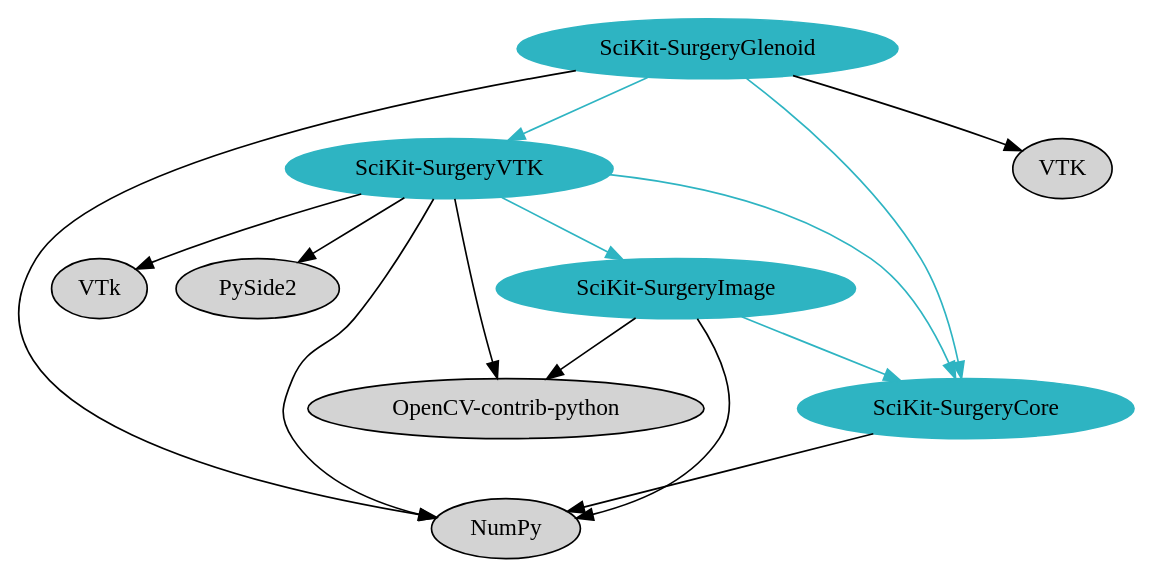
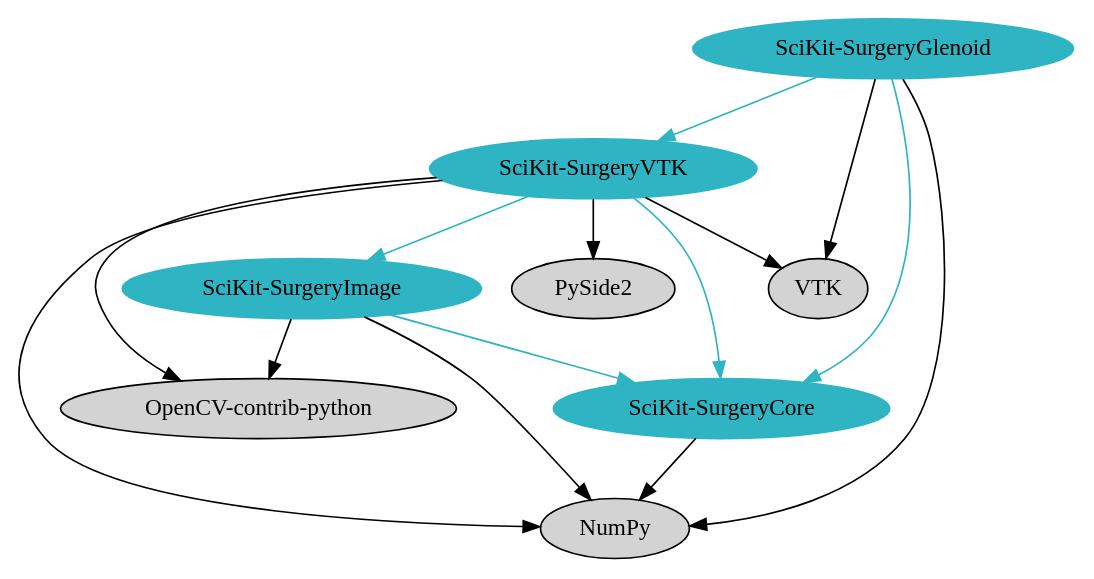
Before and after one commit to SciKit-Surgery/glenoidplanefitting: the diagram in docs/dependency_graph.dot, drawn with Graphviz.

Commit message:
Fixed bug with vtk on dependency graph

```diff
--- a/docs/dependency_graph.dot
+++ b/docs/dependency_graph.dot
@@ -1,25 +1,25 @@
 digraph prof {
 	ratio = fill;
 	node [style=filled];
 	"SciKit-SurgeryGlenoid" -> "NumPy";
 	"SciKit-SurgeryGlenoid" -> "SciKit-SurgeryVTK" [color="0.515 0.762 0.762"];
 	"SciKit-SurgeryGlenoid" -> "SciKit-SurgeryCore" [color="0.515 0.762 0.762"];
 	"SciKit-SurgeryGlenoid" -> "VTK";
 	
 	"SciKit-SurgeryVTK" -> "NumPy";
-	"SciKit-SurgeryVTK" -> "VTk";
+	"SciKit-SurgeryVTK" -> "VTK";
 	"SciKit-SurgeryVTK" -> "PySide2";
 	"SciKit-SurgeryVTK" -> "OpenCV-contrib-python";
 	"SciKit-SurgeryVTK" -> "SciKit-SurgeryCore" [color="0.515 0.762 0.762"];
 	"SciKit-SurgeryVTK" -> "SciKit-SurgeryImage" [color="0.515 0.762 0.762"];
 
 	"SciKit-SurgeryImage" -> "NumPy";
 	"SciKit-SurgeryImage" -> "OpenCV-contrib-python";
 	"SciKit-SurgeryImage" -> "SciKit-SurgeryCore" [color="0.515 0.762 0.762"];
 	"SciKit-SurgeryCore" -> "NumPy";
 
 "SciKit-SurgeryGlenoid" [color="0.515 0.762 0.762"];
 "SciKit-SurgeryVTK"[color="0.515 0.762 0.762"];
 "SciKit-SurgeryImage"[color="0.515 0.762 0.762"];
 "SciKit-SurgeryCore"[color="0.515 0.762 0.762"];
 } 
```
